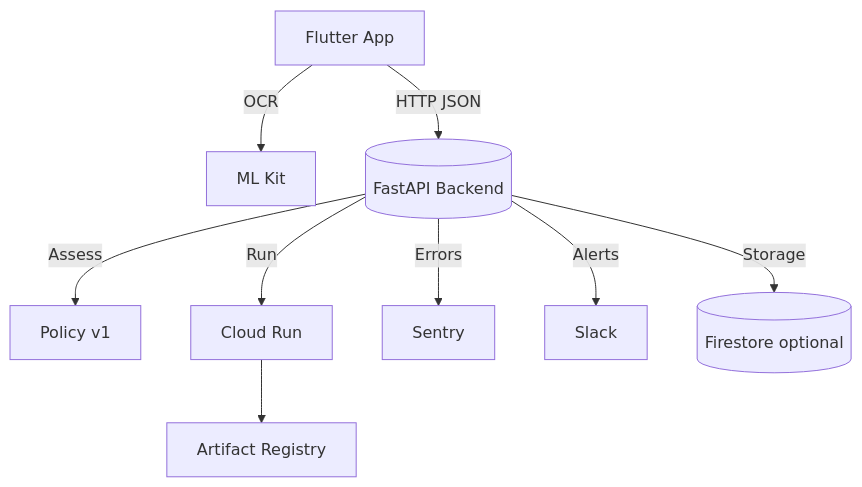
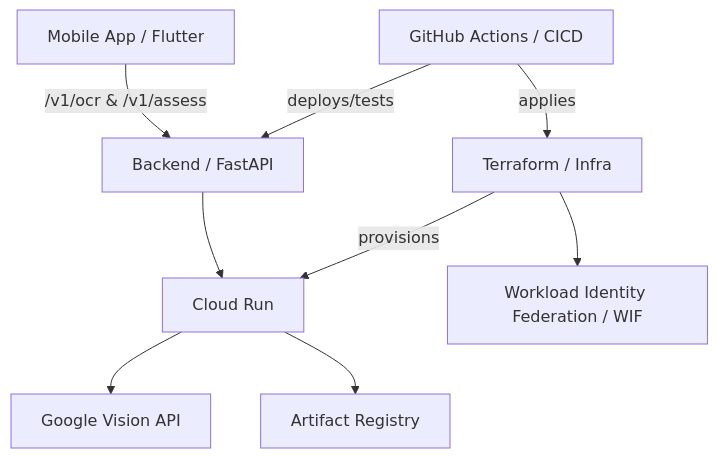
One commit to IthaiS/unique changed the diagram in docs/ARCHITECTURE.md. Above: the diagram before and after it, drawn with Mermaid. The commit also changed other lines of this file and 190 other files, not shown here.

````diff
--- a/docs/ARCHITECTURE.md
+++ b/docs/ARCHITECTURE.md
@@ -2,11 +1,21 @@
 ```mermaid
-flowchart TD
-  A[Flutter App] -->|OCR| B[ML Kit]
-  A -->|HTTP JSON| C[(FastAPI Backend)]
-  C -->|Assess| D[Policy v1]
-  C -->|Run| E[Cloud Run]
-  E --> F[Artifact Registry]
-  C -->|Errors| G[Sentry]
-  C -->|Alerts| H[Slack]
-  C -->|Storage| I[(Firestore optional)]
-```
+%%{init: {'theme': 'default'}}%%
+graph TD
+  A[Mobile App / Flutter]
+  B[Backend / FastAPI]
+  C[Cloud Run]
+  D[Google Vision API]
+  E[Artifact Registry]
+  F[Terraform / Infra]
+  G[Workload Identity Federation / WIF]
+  H[GitHub Actions / CICD]
+
+  A -->| /v1/ocr & /v1/assess | B
+  B --> C
+  C --> D
+  C --> E
+  F -->| provisions | C
+  F --> G
+  H -->| deploys/tests | B
+  H -->| applies | F
+  ```
````
